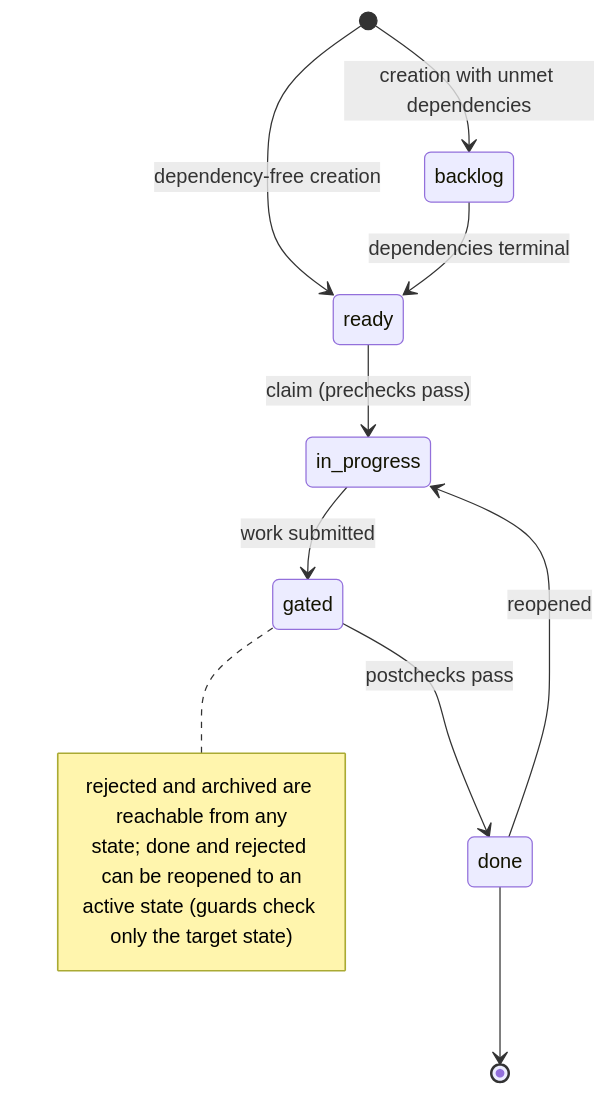
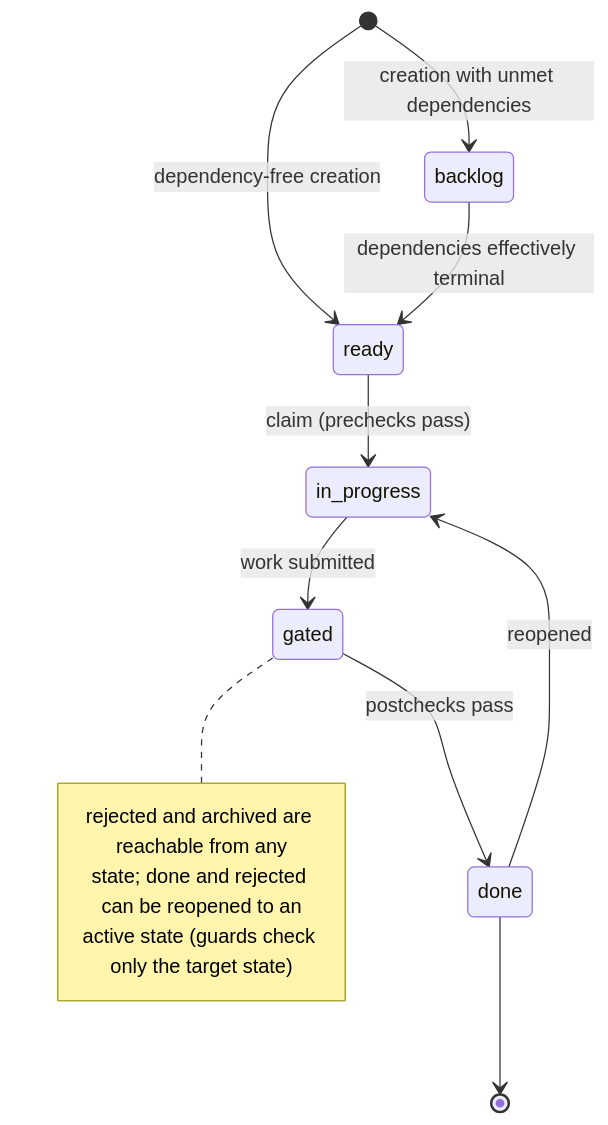
Before and after one commit to erankavija/just-in-time: the diagram in README.md, drawn with Mermaid. The commit also changed 5 other files, not shown here.

Commit message:
docs: close the literal-terminality family — effectively-terminal phrasing across README, reference, how-to, concepts (jit:45a140ae)

````diff
--- a/README.md
+++ b/README.md
@@ -107,16 +107,16 @@
 ```mermaid
 stateDiagram-v2
     [*] --> ready: dependency-free creation
     [*] --> backlog: creation with unmet dependencies
-    backlog --> ready: dependencies terminal
+    backlog --> ready: dependencies effectively terminal
     ready --> in_progress: claim (prechecks pass)
     in_progress --> gated: work submitted
     gated --> done: postchecks pass
     done --> [*]
     done --> in_progress: reopened
     note right of gated
         rejected and archived are reachable from any
         state; done and rejected can be reopened to an
         active state (guards check only the target state)
     end note
 ```
````
